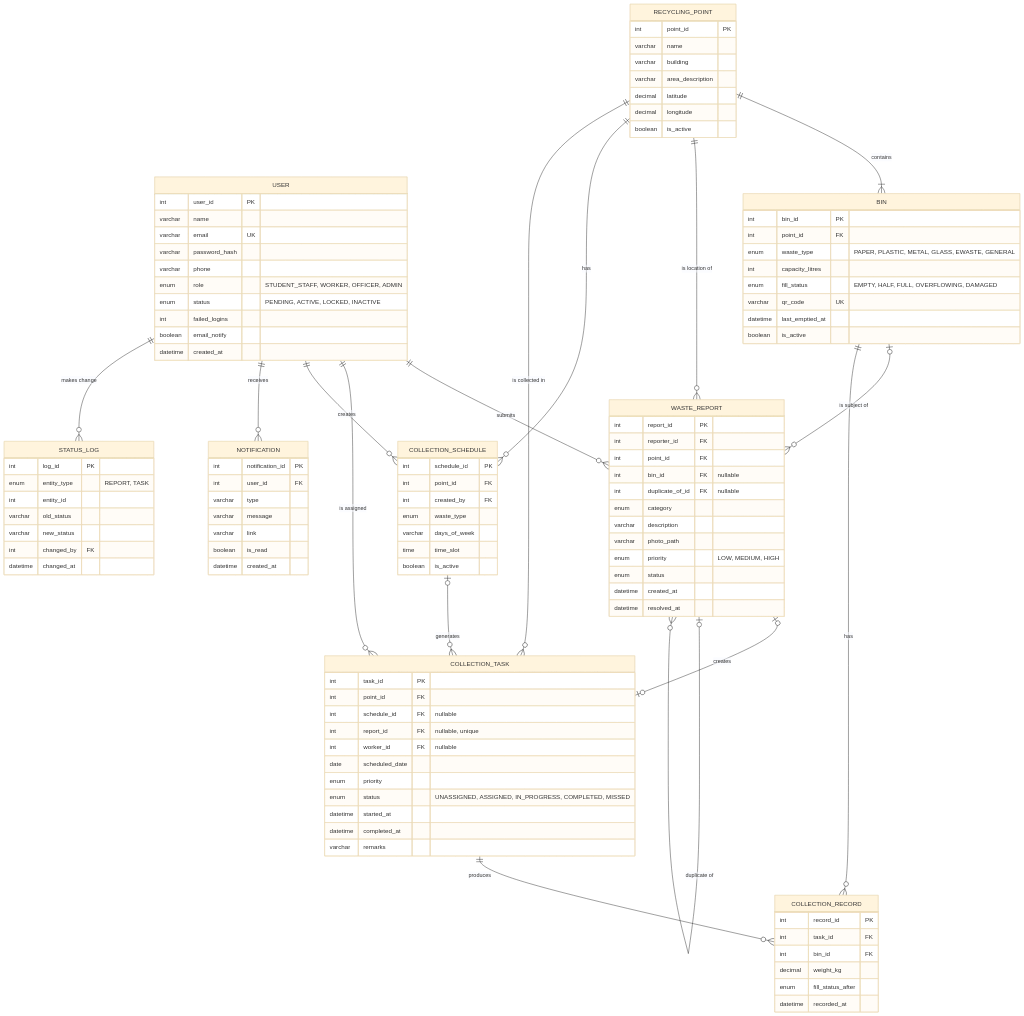
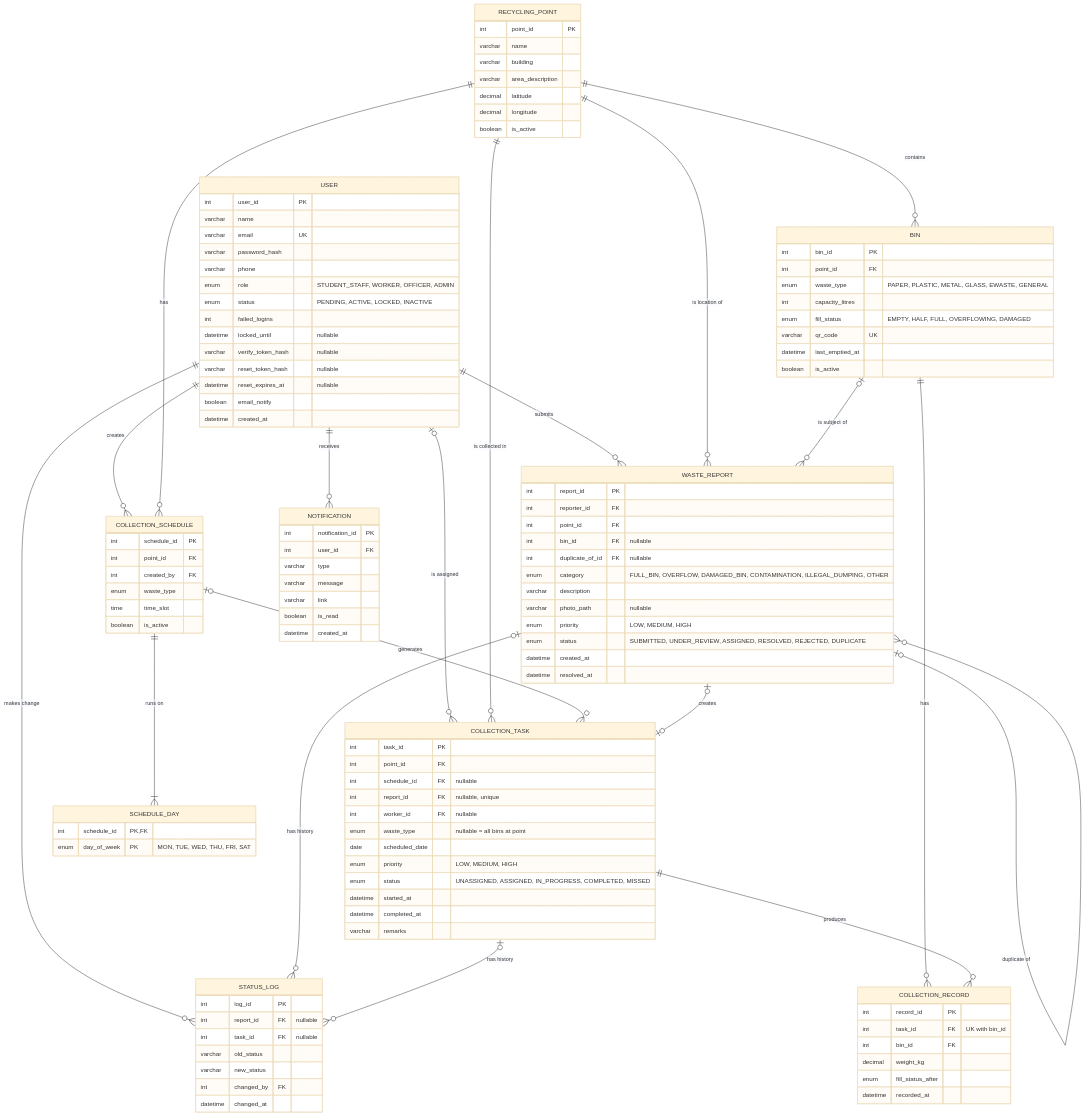
One commit to KeemHEHE/-CSE6214-Software-Engineering- changed the third of 5 diagrams in docs/PART_I_REPORT.md. Above: the diagram before and after it, drawn with Mermaid (base theme). The commit also changed other lines of this file, not shown here.

Commit message:
Fix ERD cardinalities, normalise schedule days, add missing columns
Claude-Session: https://claude.ai/code/session_01HqqZ57LrpXyfArxs6UcVhy

````diff
--- a/docs/PART_I_REPORT.md
+++ b/docs/PART_I_REPORT.md
@@ -401,16 +402,19 @@
 ```mermaid
 erDiagram
     USER ||--o{ WASTE_REPORT : "submits"
-    USER ||--o{ COLLECTION_TASK : "is assigned"
+    USER |o--o{ COLLECTION_TASK : "is assigned"
     USER ||--o{ COLLECTION_SCHEDULE : "creates"
     USER ||--o{ NOTIFICATION : "receives"
     USER ||--o{ STATUS_LOG : "makes change"
-    RECYCLING_POINT ||--|{ BIN : "contains"
+    WASTE_REPORT |o--o{ STATUS_LOG : "has history"
+    COLLECTION_TASK |o--o{ STATUS_LOG : "has history"
+    RECYCLING_POINT ||--o{ BIN : "contains"
     RECYCLING_POINT ||--o{ WASTE_REPORT : "is location of"
     RECYCLING_POINT ||--o{ COLLECTION_SCHEDULE : "has"
     RECYCLING_POINT ||--o{ COLLECTION_TASK : "is collected in"
     BIN |o--o{ WASTE_REPORT : "is subject of"
     BIN ||--o{ COLLECTION_RECORD : "has"
+    COLLECTION_SCHEDULE ||--|{ SCHEDULE_DAY : "runs on"
     COLLECTION_SCHEDULE |o--o{ COLLECTION_TASK : "generates"
     WASTE_REPORT |o--o| COLLECTION_TASK : "creates"
     WASTE_REPORT |o--o{ WASTE_REPORT : "duplicate of"
@@ -425,6 +429,10 @@
         enum role "STUDENT_STAFF, WORKER, OFFICER, ADMIN"
         enum status "PENDING, ACTIVE, LOCKED, INACTIVE"
         int failed_logins
+        datetime locked_until "nullable"
+        varchar verify_token_hash "nullable"
+        varchar reset_token_hash "nullable"
+        datetime reset_expires_at "nullable"
         boolean email_notify
         datetime created_at
     }
@@ -453,11 +461,11 @@
         int point_id FK
         int bin_id FK "nullable"
         int duplicate_of_id FK "nullable"
-        enum category
+        enum category "FULL_BIN, OVERFLOW, DAMAGED_BIN, CONTAMINATION, ILLEGAL_DUMPING, OTHER"
         varchar description
-        varchar photo_path
+        varchar photo_path "nullable"
         enum priority "LOW, MEDIUM, HIGH"
-        enum status
+        enum status "SUBMITTED, UNDER_REVIEW, ASSIGNED, RESOLVED, REJECTED, DUPLICATE"
         datetime created_at
         datetime resolved_at
     }
@@ -466,9 +474,12 @@
         int point_id FK
         int created_by FK
         enum waste_type
-        varchar days_of_week
         time time_slot
         boolean is_active
+    }
+    SCHEDULE_DAY {
+        int schedule_id PK, FK
+        enum day_of_week PK "MON, TUE, WED, THU, FRI, SAT"
     }
     COLLECTION_TASK {
         int task_id PK
@@ -476,8 +487,9 @@
         int schedule_id FK "nullable"
         int report_id FK "nullable, unique"
         int worker_id FK "nullable"
+        enum waste_type "nullable = all bins at point"
         date scheduled_date
-        enum priority
+        enum priority "LOW, MEDIUM, HIGH"
         enum status "UNASSIGNED, ASSIGNED, IN_PROGRESS, COMPLETED, MISSED"
         datetime started_at
         datetime completed_at
@@ -485,7 +497,7 @@
     }
     COLLECTION_RECORD {
         int record_id PK
-        int task_id FK
+        int task_id FK "UK with bin_id"
         int bin_id FK
         decimal weight_kg
         enum fill_status_after
@@ -502,8 +514,8 @@
     }
     STATUS_LOG {
         int log_id PK
-        enum entity_type "REPORT, TASK"
-        int entity_id
+        int report_id FK "nullable"
+        int task_id FK "nullable"
         varchar old_status
         varchar new_status
         int changed_by FK
````
